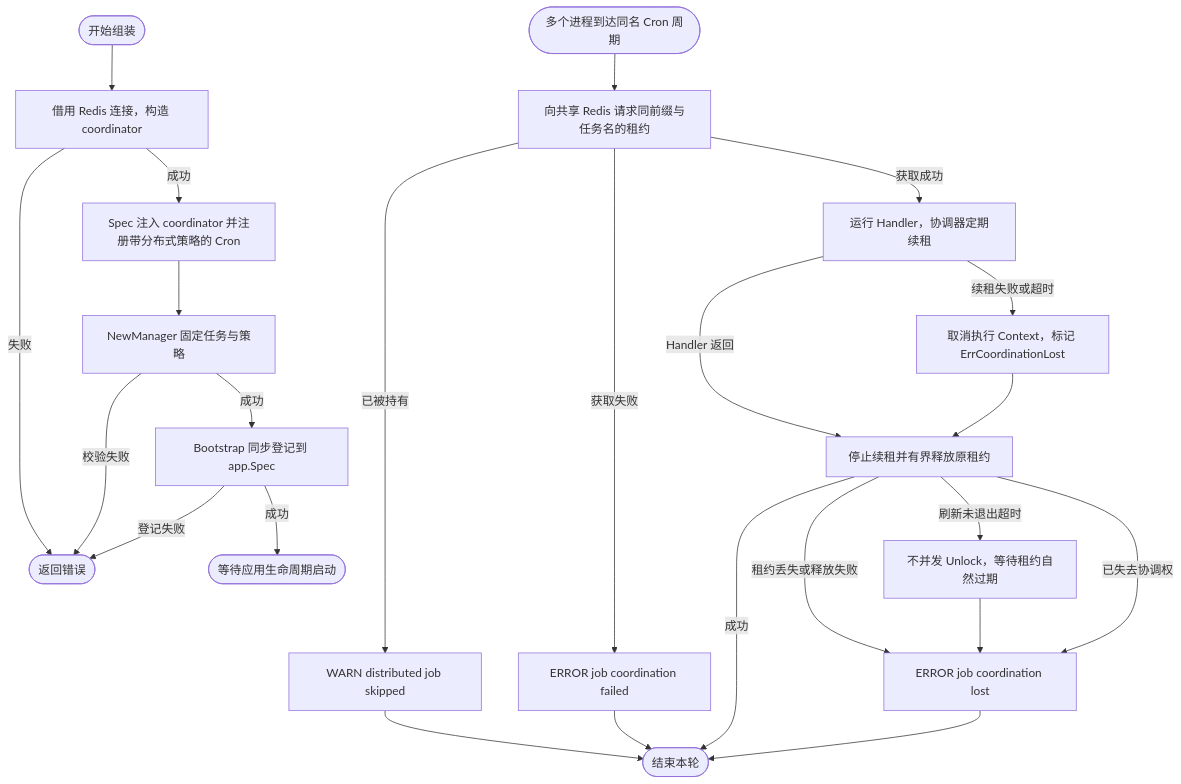
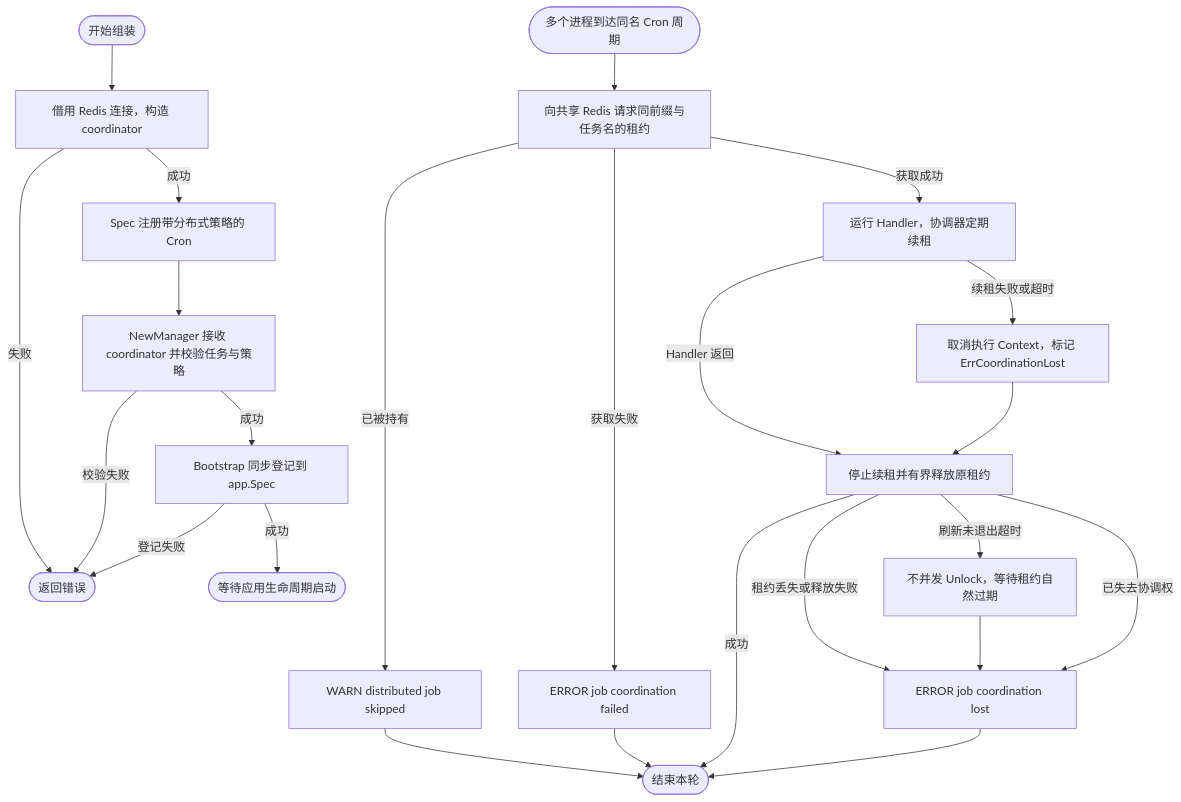
One commit to jaggerzhuang1994/kratos-foundation changed the first of 3 diagrams in pkg/job/README.md. Above: the diagram before and after it, drawn with Mermaid. The commit also changed other lines of this file and 29 other files, not shown here.

````diff
--- a/pkg/job/README.md
+++ b/pkg/job/README.md
@@ -54,26 +55,26 @@
 ```mermaid
 flowchart TD
     A([开始组装]) --> B[借用 Redis 连接，构造 coordinator]
     B -- 失败 --> X([返回错误])
-    B -- 成功 --> C[Spec 注入 coordinator 并注册带分布式策略的 Cron]
-    C --> D[NewManager 固定任务与策略]
+    B -- 成功 --> C[Spec 注册带分布式策略的 Cron]
+    C --> D[NewManager 接收 coordinator 并校验任务与策略]
     D -- 校验失败 --> X
     D -- 成功 --> E[Bootstrap 同步登记到 app.Spec]
     E -- 登记失败 --> X
     E -- 成功 --> F([等待应用生命周期启动])
     G([多个进程到达同名 Cron 周期]) --> H[向共享 Redis 请求同前缀与任务名的租约]
     H -- 已被持有 --> I[WARN distributed job skipped]
     I --> Z([结束本轮])
     H -- 获取失败 --> J[ERROR job coordination failed]
     J --> Z
     H -- 获取成功 --> K[运行 Handler，协调器定期续租]
     K -- 续租失败或超时 --> L[取消执行 Context，标记 ErrCoordinationLost]
     K -- Handler 返回 --> M[停止续租并有界释放原租约]
     L --> M
     M -- 刷新未退出超时 --> N[不并发 Unlock，等待租约自然过期]
     M -- 租约丢失或释放失败 --> O[ERROR job coordination lost]
     N --> O
     M -- 已失去协调权 --> O
     M -- 成功 --> Z
     O --> Z
 ```
````
